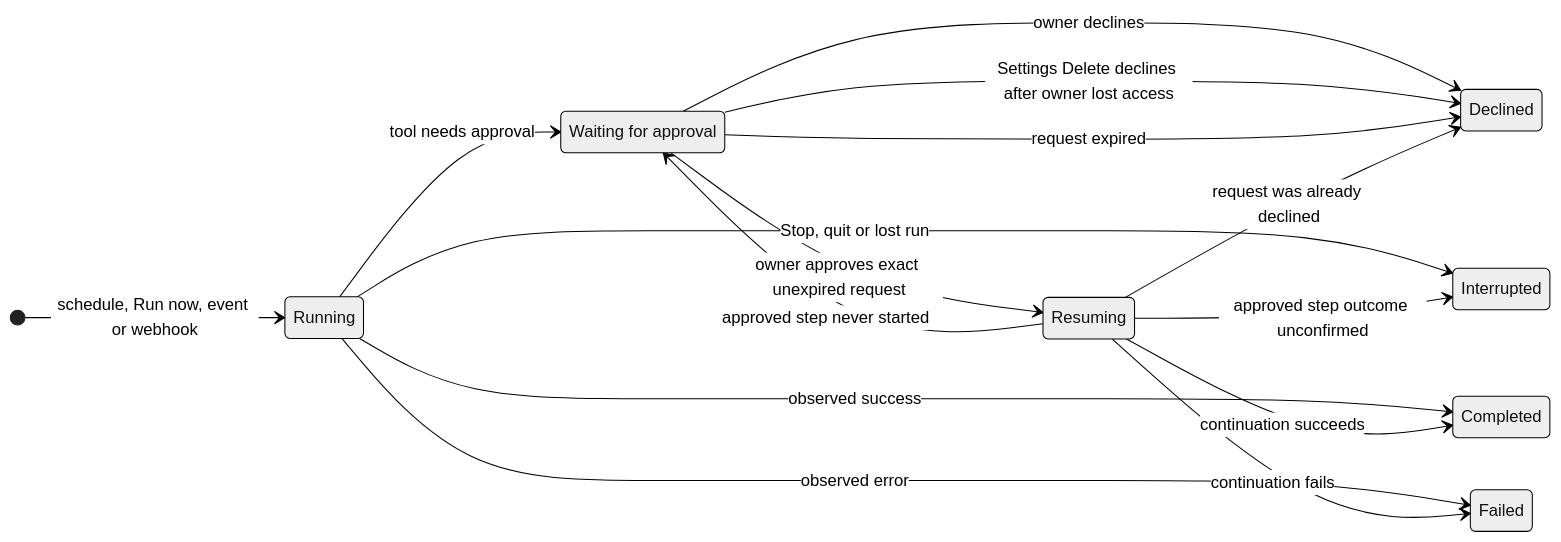
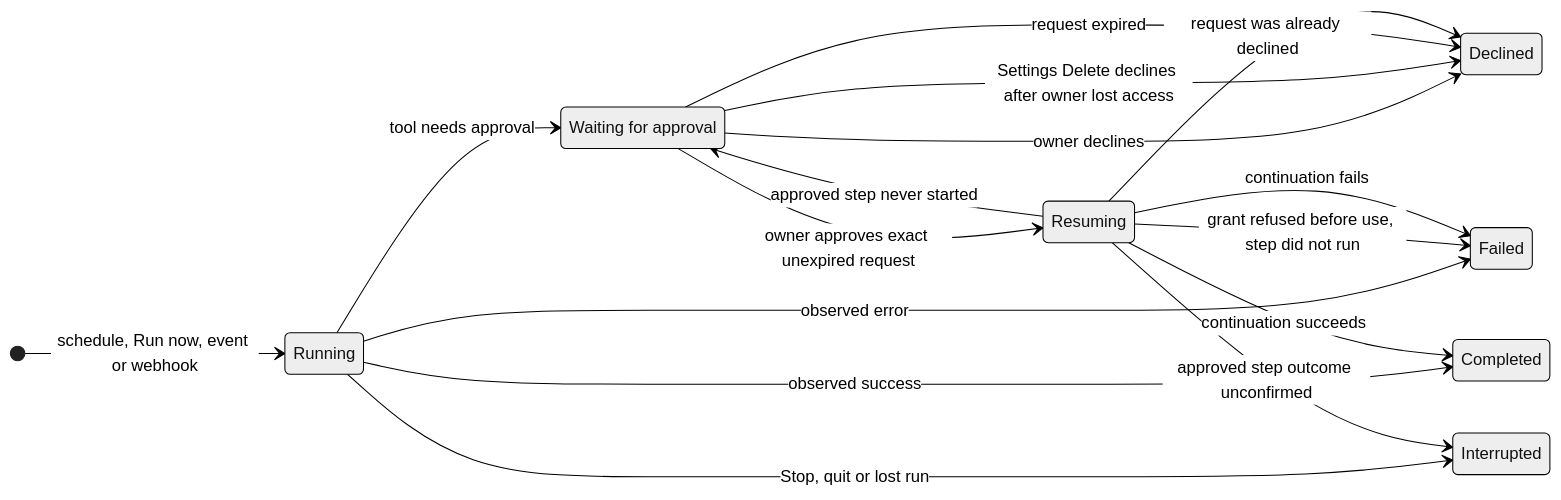
One commit to vivary-dev/vivary changed diagram 11 of 11 in docs/product/multi-project/specification/journeys.md. Above: the diagram before and after it, drawn with Mermaid (neutral theme). The commit also changed other lines of this file and 8 other files, not shown here.

````diff
--- a/docs/product/multi-project/specification/journeys.md
+++ b/docs/product/multi-project/specification/journeys.md
@@ -220,20 +220,21 @@
 ```mermaid
 stateDiagram-v2
   direction LR
   state "Waiting for approval" as Waiting
   state "Resuming" as Resuming
   [*] --> Running: schedule, Run now, event or webhook
   Running --> Waiting: tool needs approval
   Running --> Completed: observed success
   Running --> Failed: observed error
   Running --> Interrupted: Stop, quit or lost run
   Waiting --> Resuming: owner approves exact unexpired request
   Waiting --> Declined: owner declines
   Waiting --> Declined: Settings Delete declines after owner lost access
   Waiting --> Declined: request expired
   Resuming --> Waiting: approved step never started
   Resuming --> Declined: request was already declined
   Resuming --> Interrupted: approved step outcome unconfirmed
+  Resuming --> Failed: grant refused before use, step did not run
   Resuming --> Completed: continuation succeeds
   Resuming --> Failed: continuation fails
 ```
````
